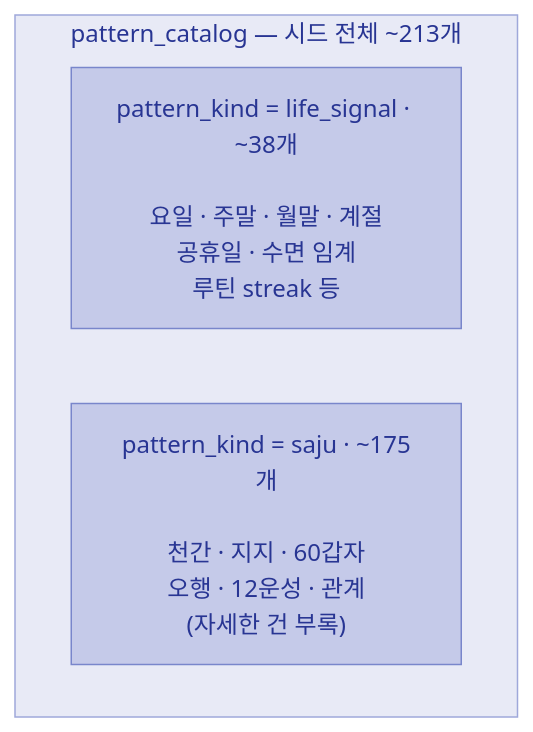
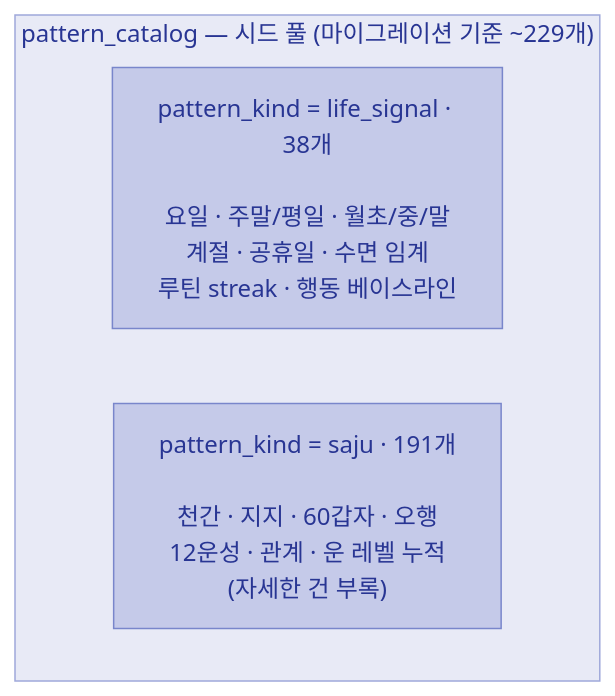
Before and after one commit to hyewon3938/slack-ai-agents: the third of 9 diagrams in docs/explainers/insight-v2.md, drawn with Mermaid. The commit also changed other lines of this file and 1 other file, not shown here.

````diff
--- a/docs/explainers/insight-v2.md
+++ b/docs/explainers/insight-v2.md
@@ -166,13 +173,13 @@
 ```mermaid
 flowchart TB
-  subgraph PC["pattern_catalog — 시드 전체 ~213개"]
+  subgraph PC["pattern_catalog — 시드 풀 (마이그레이션 기준 ~229개)"]
     direction LR
-    LIFE["pattern_kind = life_signal · ~38개<br/><br/>요일 · 주말 · 월말 · 계절<br/>공휴일 · 수면 임계<br/>루틴 streak 등"]
-    SAJU["pattern_kind = saju · ~175개<br/><br/>천간 · 지지 · 60갑자<br/>오행 · 12운성 · 관계<br/>(자세한 건 부록)"]
+    LIFE["pattern_kind = life_signal · 38개<br/><br/>요일 · 주말/평일 · 월초/중/말<br/>계절 · 공휴일 · 수면 임계<br/>루틴 streak · 행동 베이스라인"]
+    SAJU["pattern_kind = saju · 191개<br/><br/>천간 · 지지 · 60갑자 · 오행<br/>12운성 · 관계 · 운 레벨 누적<br/>(자세한 건 부록)"]
   end
 
   classDef seedBox fill:#E8EAF6,stroke:#9FA8DA,color:#283593
   classDef seedNode fill:#C5CAE9,stroke:#7986CB,color:#283593
   class PC seedBox
   class LIFE,SAJU seedNode
 ```
````
